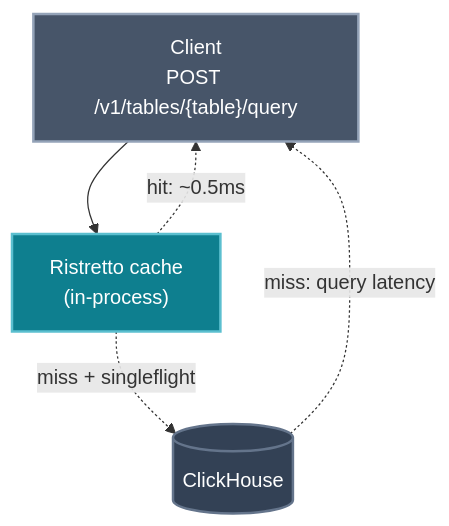
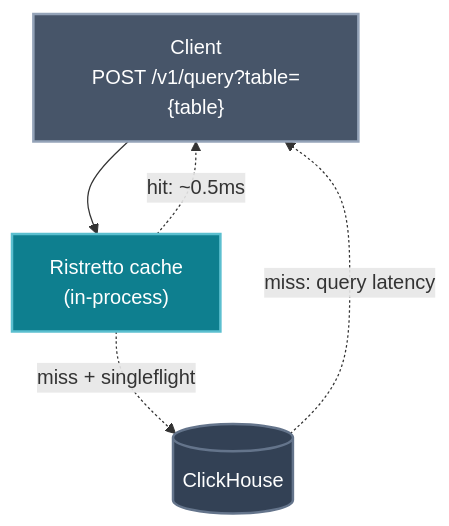
The sixth of 6 diagrams in docs/src/content/docs/why-wavehouse.md (Wave-RF/WaveHouse), drawn with Mermaid before and after one commit. The commit also changed other lines of this file and 13 other files, not shown here.

````diff
--- a/docs/src/content/docs/why-wavehouse.md
+++ b/docs/src/content/docs/why-wavehouse.md
@@ -245,12 +245,12 @@
 ```mermaid
 flowchart TB
     classDef client fill:#475569,stroke:#94a3b8,color:#fff,stroke-width:2px
     classDef wh fill:#0e7f8f,stroke:#5bbfcf,color:#fff,stroke-width:2px
     classDef store fill:#334155,stroke:#64748b,color:#fff,stroke-width:2px
 
-    Q["Client<br/>POST /v1/tables/{table}/query"]:::client
+    Q["Client<br/>POST /v1/query?table={table}"]:::client
     Q --> L1["Ristretto cache<br/>(in-process)"]:::wh
     L1 -. "miss + singleflight" .-> CH[("ClickHouse")]:::store
     L1 -. "hit: ~0.5ms" .-> Q
     CH -. "miss: query latency" .-> Q
 ```
````
